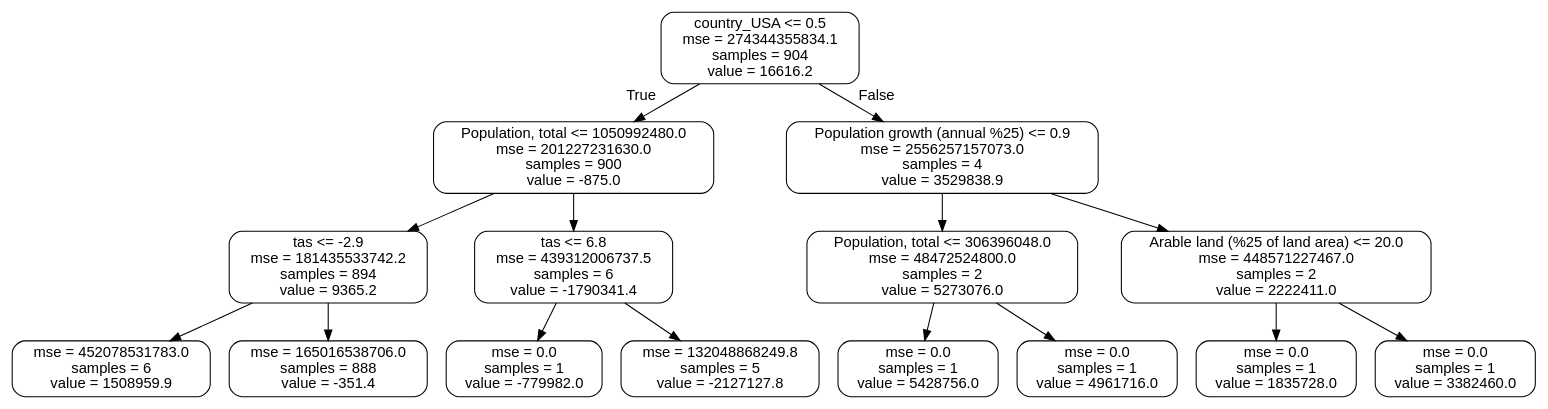
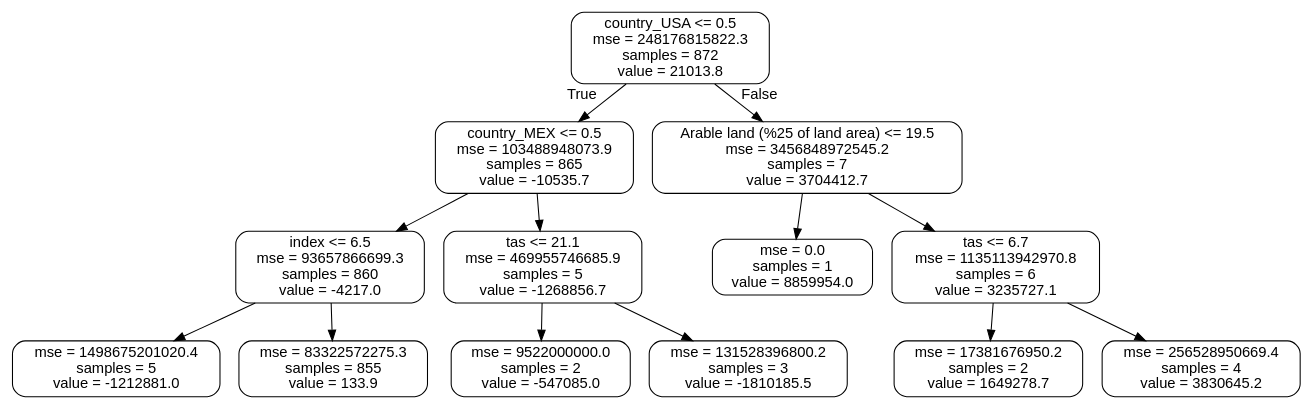
One commit to Multinational-Minds/BDA changed the diagram in small_tree.dot. Above: the diagram before and after it, drawn with Graphviz. The commit also changed 5 other files, not shown here.

```diff
--- a/small_tree.dot
+++ b/small_tree.dot
@@ -1,33 +1,29 @@
 digraph Tree {
 node [shape=box, style="rounded", color="black", fontname=helvetica] ;
 edge [fontname=helvetica] ;
-0 [label="country_USA <= 0.5\nmse = 274344355834.1\nsamples = 904\nvalue = 16616.2"] ;
-1 [label="Population, total <= 1050992480.0\nmse = 201227231630.0\nsamples = 900\nvalue = -875.0"] ;
+0 [label="country_USA <= 0.5\nmse = 248176815822.3\nsamples = 872\nvalue = 21013.8"] ;
+1 [label="country_MEX <= 0.5\nmse = 103488948073.9\nsamples = 865\nvalue = -10535.7"] ;
 0 -> 1 [labeldistance=2.5, labelangle=45, headlabel="True"] ;
-2 [label="tas <= -2.9\nmse = 181435533742.2\nsamples = 894\nvalue = 9365.2"] ;
+2 [label="index <= 6.5\nmse = 93657866699.3\nsamples = 860\nvalue = -4217.0"] ;
 1 -> 2 ;
-3 [label="mse = 452078531783.0\nsamples = 6\nvalue = 1508959.9"] ;
+3 [label="mse = 1498675201020.4\nsamples = 5\nvalue = -1212881.0"] ;
 2 -> 3 ;
-4 [label="mse = 165016538706.0\nsamples = 888\nvalue = -351.4"] ;
+4 [label="mse = 83322572275.3\nsamples = 855\nvalue = 133.9"] ;
 2 -> 4 ;
-5 [label="tas <= 6.8\nmse = 439312006737.5\nsamples = 6\nvalue = -1790341.4"] ;
+5 [label="tas <= 21.1\nmse = 469955746685.9\nsamples = 5\nvalue = -1268856.7"] ;
 1 -> 5 ;
-6 [label="mse = 0.0\nsamples = 1\nvalue = -779982.0"] ;
+6 [label="mse = 9522000000.0\nsamples = 2\nvalue = -547085.0"] ;
 5 -> 6 ;
-7 [label="mse = 132048868249.8\nsamples = 5\nvalue = -2127127.8"] ;
+7 [label="mse = 131528396800.2\nsamples = 3\nvalue = -1810185.5"] ;
 5 -> 7 ;
-8 [label="Population growth (annual %25) <= 0.9\nmse = 2556257157073.0\nsamples = 4\nvalue = 3529838.9"] ;
+8 [label="Arable land (%25 of land area) <= 19.5\nmse = 3456848972545.2\nsamples = 7\nvalue = 3704412.7"] ;
 0 -> 8 [labeldistance=2.5, labelangle=-45, headlabel="False"] ;
-9 [label="Population, total <= 306396048.0\nmse = 48472524800.0\nsamples = 2\nvalue = 5273076.0"] ;
+9 [label="mse = 0.0\nsamples = 1\nvalue = 8859954.0"] ;
 8 -> 9 ;
-10 [label="mse = 0.0\nsamples = 1\nvalue = 5428756.0"] ;
-9 -> 10 ;
-11 [label="mse = 0.0\nsamples = 1\nvalue = 4961716.0"] ;
-9 -> 11 ;
-12 [label="Arable land (%25 of land area) <= 20.0\nmse = 448571227467.0\nsamples = 2\nvalue = 2222411.0"] ;
-8 -> 12 ;
-13 [label="mse = 0.0\nsamples = 1\nvalue = 1835728.0"] ;
-12 -> 13 ;
-14 [label="mse = 0.0\nsamples = 1\nvalue = 3382460.0"] ;
-12 -> 14 ;
+10 [label="tas <= 6.7\nmse = 1135113942970.8\nsamples = 6\nvalue = 3235727.1"] ;
+8 -> 10 ;
+11 [label="mse = 17381676950.2\nsamples = 2\nvalue = 1649278.7"] ;
+10 -> 11 ;
+12 [label="mse = 256528950669.4\nsamples = 4\nvalue = 3830645.2"] ;
+10 -> 12 ;
 }
```
